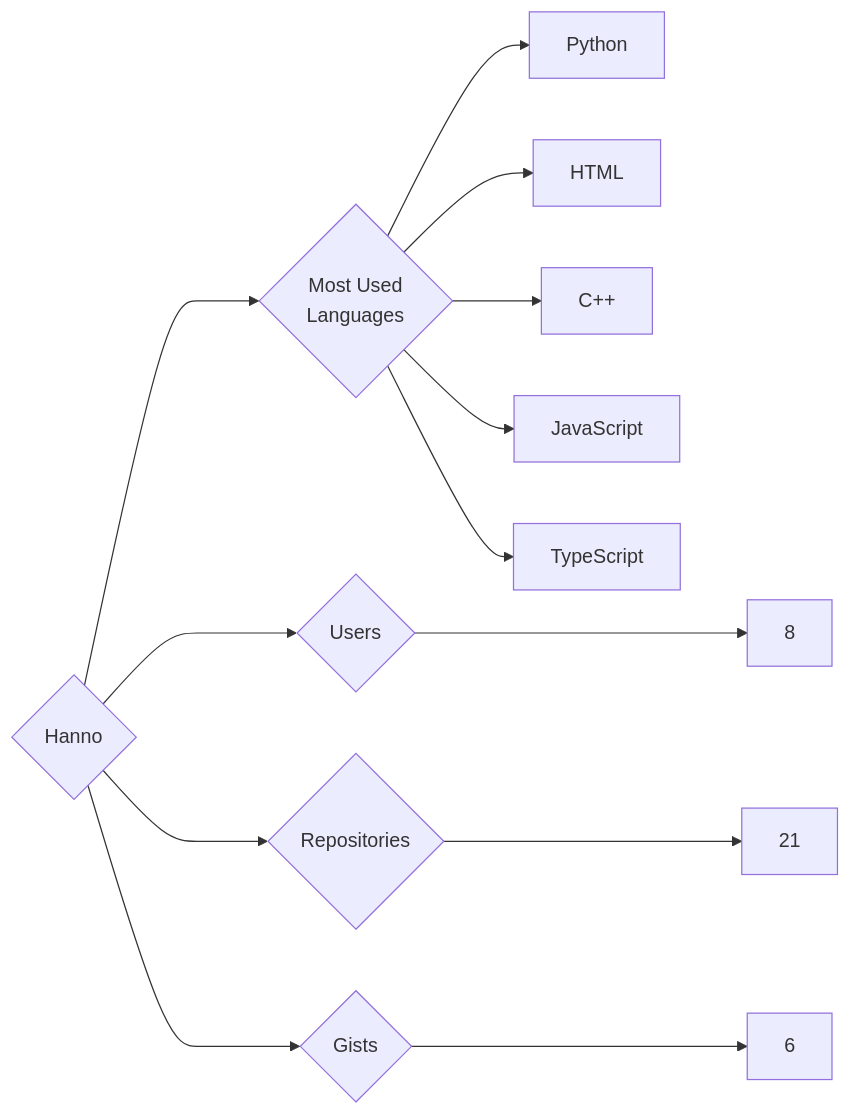
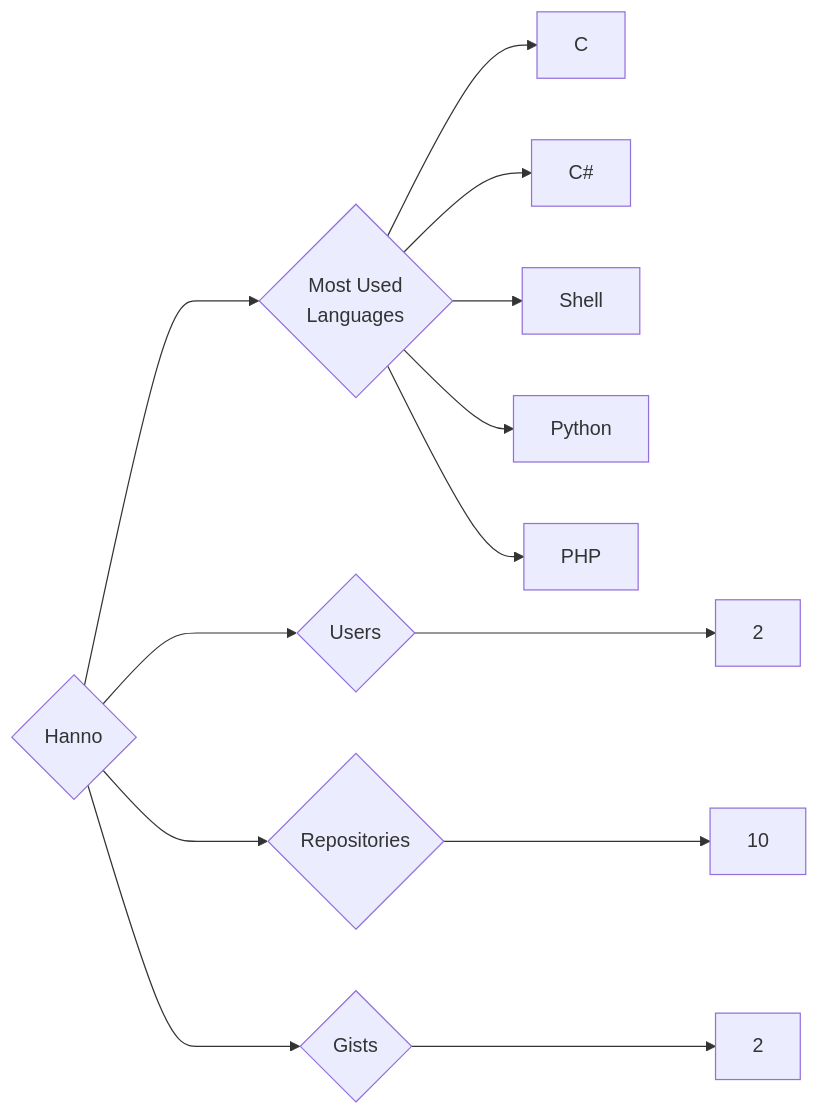
One commit to trickest/insiders changed the diagram in targets/Hanno/README.md. Above: the diagram before and after it, drawn with Mermaid. The commit also changed 932 other files, not shown here.

````diff
--- a/targets/Hanno/README.md
+++ b/targets/Hanno/README.md
@@ -3,13 +3,13 @@
 ```mermaid
 graph LR
 COMPANY_NAME{Hanno}
-COMPANY_NAME ---> U{Users} ---> UN[8]
-COMPANY_NAME ---> R{Repositories} ---> RN[21]
-COMPANY_NAME ---> G{Gists} ---> GN[6]
+COMPANY_NAME ---> U{Users} ---> UN[2]
+COMPANY_NAME ---> R{Repositories} ---> RN[10]
+COMPANY_NAME ---> G{Gists} ---> GN[2]
 COMPANY_NAME ---> ML{Most Used<br>Languages}
+ML --> C[C]
+ML --> C#[C#]
+ML --> Shell[Shell]
 ML --> Python[Python]
-ML --> HTML[HTML]
-ML --> C++[C++]
-ML --> JavaScript[JavaScript]
-ML --> TypeScript[TypeScript]
+ML --> PHP[PHP]
 ```
````
